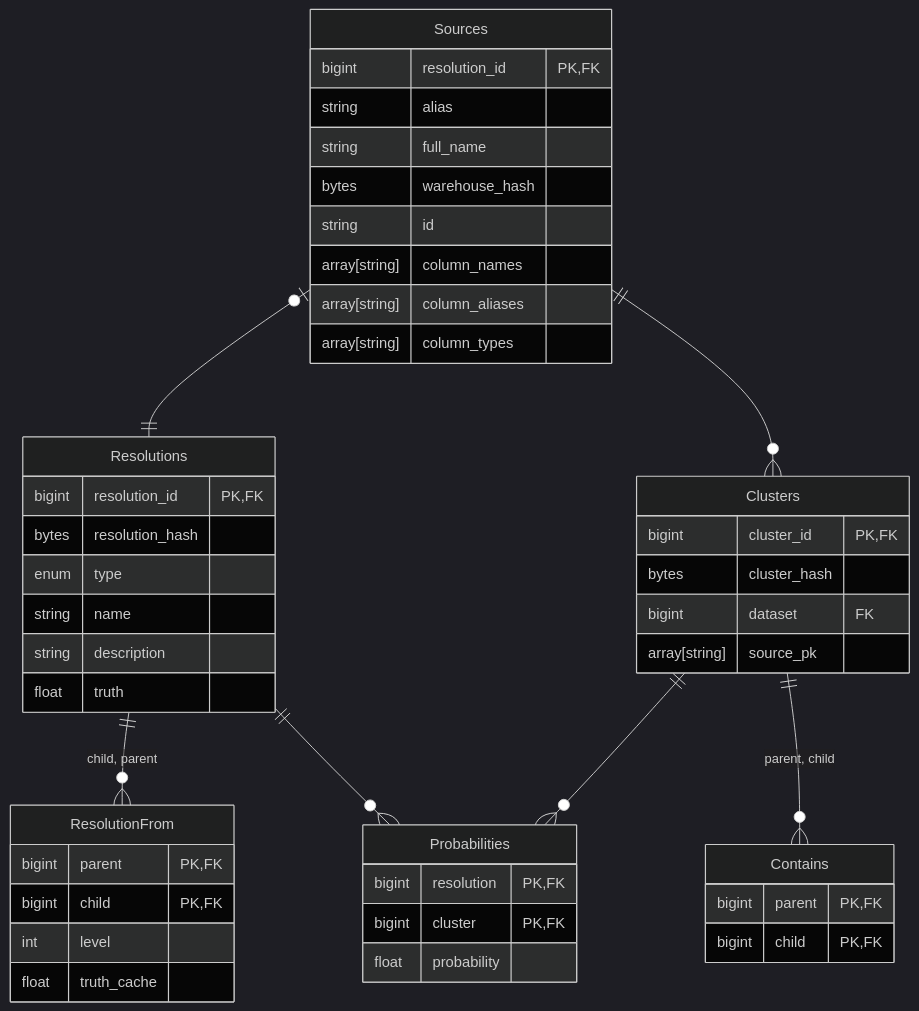
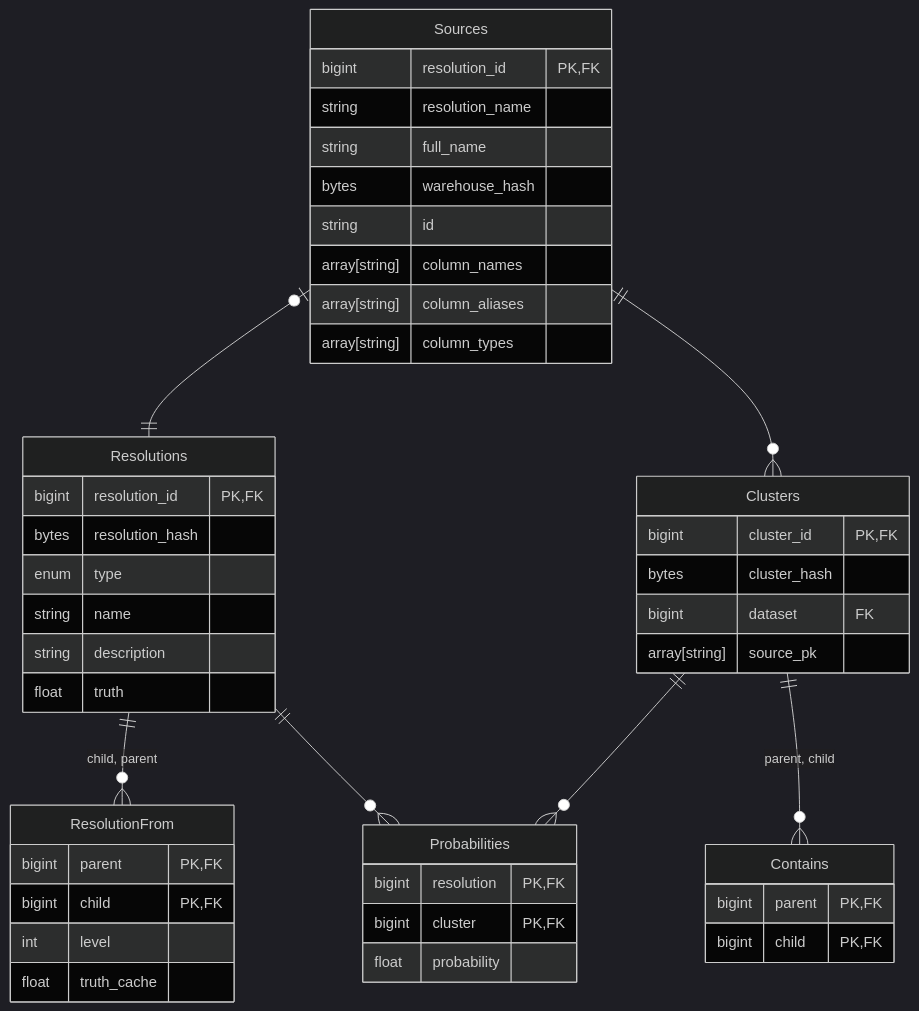
One commit to will-langdale/matchbox changed the diagram in src/matchbox/server/postgresql/README.md. Above: the diagram before and after it, drawn with Mermaid (dark theme). The commit also changed 11 other files, not shown here.

````diff
--- a/src/matchbox/server/postgresql/README.md
+++ b/src/matchbox/server/postgresql/README.md
@@ -14,49 +14,49 @@
 ```mermaid
 erDiagram
     Sources {
         bigint resolution_id PK,FK
-        string alias
+        string resolution_name
         string full_name
         bytes warehouse_hash
         string id
         array[string] column_names
         array[string] column_aliases
         array[string] column_types
     }
     Clusters {
         bigint cluster_id PK,FK
         bytes cluster_hash
         bigint dataset FK
         array[string] source_pk
     }
     Contains {
         bigint parent PK,FK
         bigint child PK,FK
     }
     Probabilities {
         bigint resolution PK,FK
         bigint cluster PK,FK
         float probability
     }
     Resolutions {
         bigint resolution_id PK,FK
         bytes resolution_hash
         enum type
         string name
         string description
         float truth
     }
     ResolutionFrom {
         bigint parent PK,FK
         bigint child PK,FK
         int level
         float truth_cache
     }
 
     Sources |o--|| Resolutions : ""
     Sources ||--o{ Clusters : ""
     Clusters ||--o{ Contains : "parent, child"
     Clusters ||--o{ Probabilities : ""
     Resolutions ||--o{ Probabilities : ""
     Resolutions ||--o{ ResolutionFrom : "child, parent"
 ```
````
